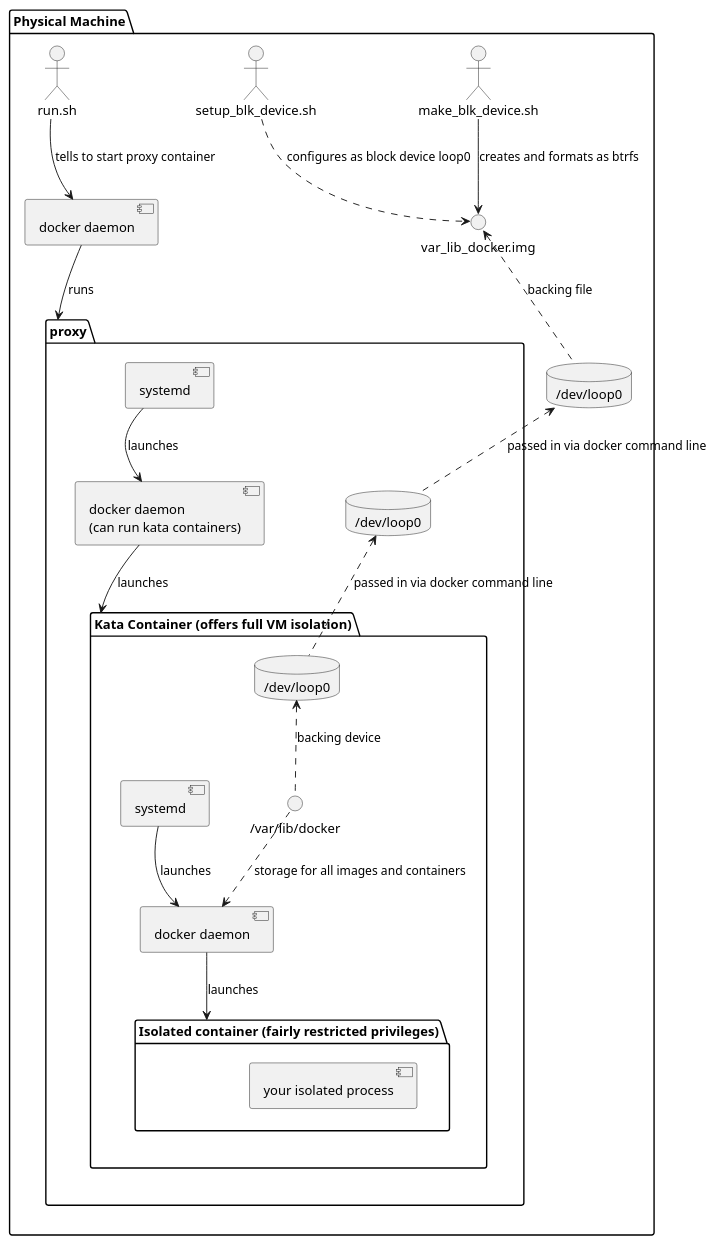
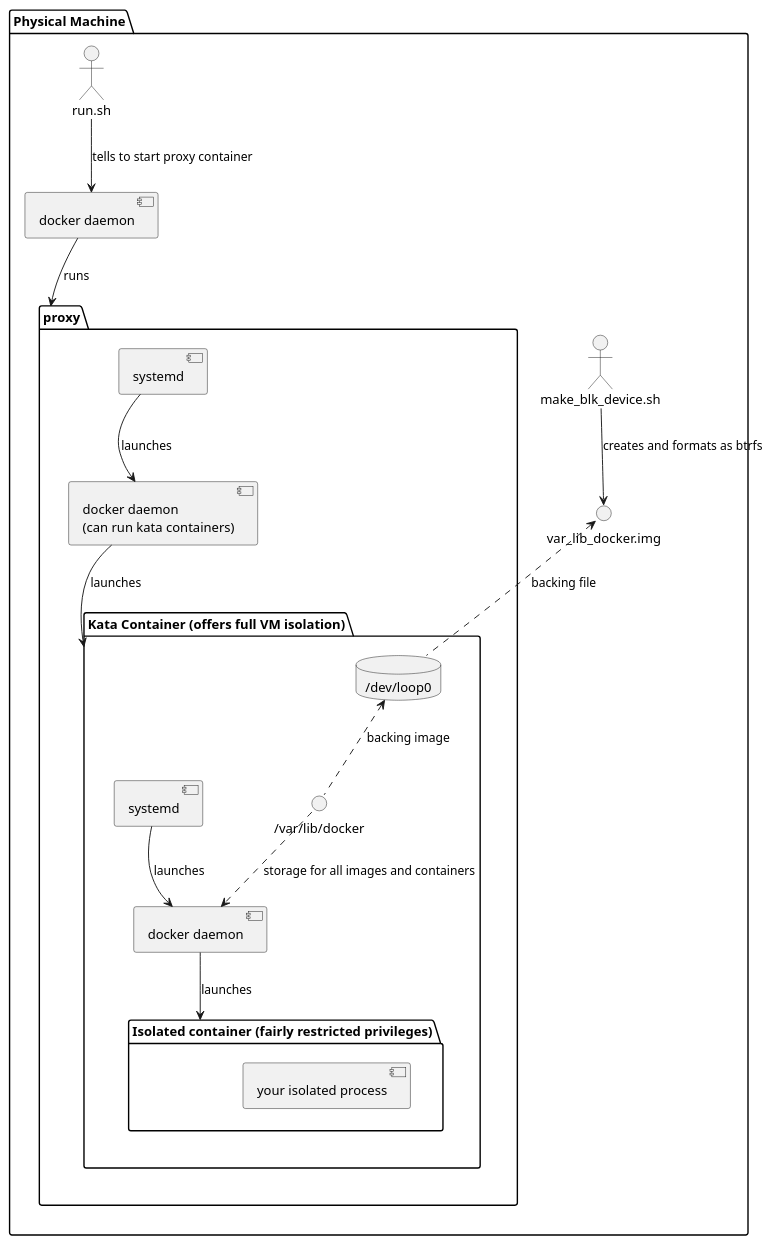
The diagram in nesting.puml (daniel-noland/docker-in-kata), drawn with PlantUML before and after one commit. The commit also changed 2 other files, not shown here.

Commit message:
Improve block device creation

```diff
--- a/nesting.puml
+++ b/nesting.puml
@@ -1,44 +1,38 @@
 @startuml
 skinparam componentStyle uml2
 
 package "Physical Machine" as physical {
     make_blk_device.sh as makeBlkDevice
     () var_lib_docker.img as dockerImg
     makeBlkDevice --> dockerImg : creates and formats as btrfs
-    setup_blk_device.sh as setupBlkDevice
     run.sh as runScript
     [docker daemon] as outerDocker
     runScript --> outerDocker : tells to start proxy container
     outerDocker --> proxy : runs
-    database "/dev/loop0" as loop0
     package "Physical Machine Proxy Container (fairly high privileges)" as proxy {
         [systemd]
-        database "/dev/loop0" as loop0.1
-        loop0 <.. loop0.1 : passed in via docker command line
         component kataDocker [
             docker daemon
             (can run kata containers)
         ]
         systemd --> kataDocker : launches
         package "Kata Container (offers full VM isolation)" as kataContainer {
-            database "/dev/loop0" as loop0.2
-            loop0.1 <.. loop0.2 : passed in via docker command line
+            database "/dev/loop0" as loop0
             () "/var/lib/docker" as varLibDocker
-            loop0.2 <.. varLibDocker : backing device
+            loop0 <.. varLibDocker : backing image
 
             [systemd] as nestedSystemd
             component "docker daemon" as nestedDocker
             varLibDocker ..> nestedDocker : storage for all images and containers
             package "Isolated container (fairly restricted privileges)" as isolatedContainer {
                 [your isolated process] as isolatedProcess
             }
         }
         kataDocker --> kataContainer : launches
         nestedSystemd --> nestedDocker : launches
         nestedDocker --> isolatedContainer : launches
     }
-    setupBlkDevice ..> dockerImg : configures as block device loop0
     dockerImg <.. loop0 : backing file
 }
 
 @enduml
```
